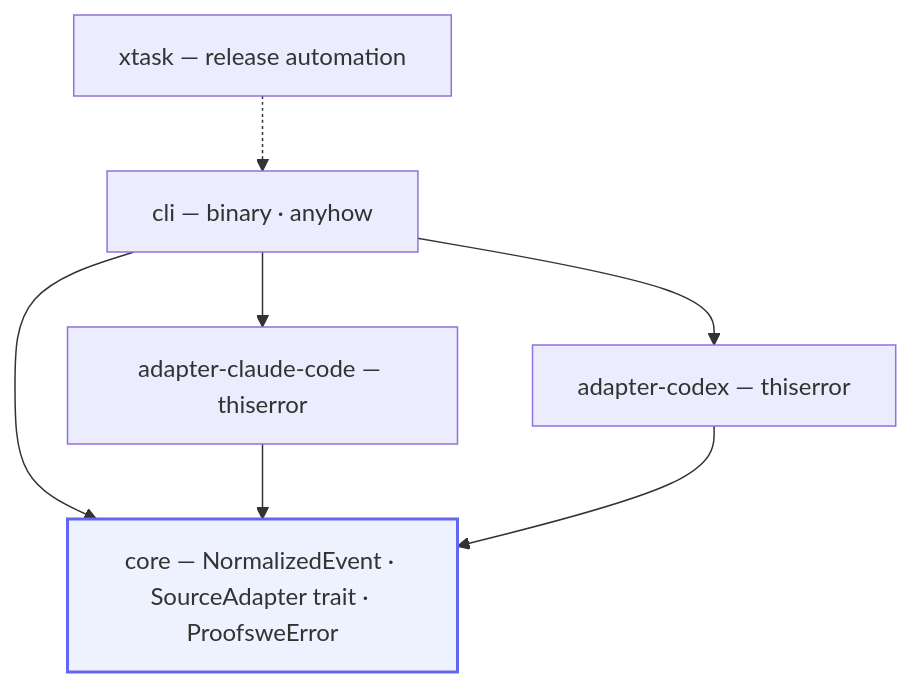
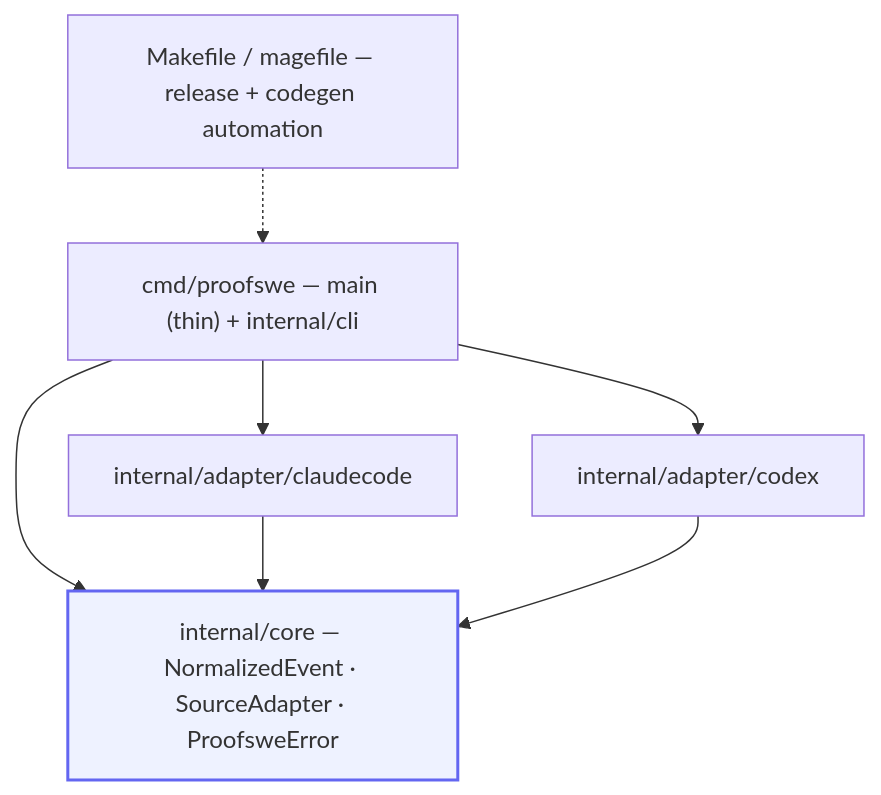
Before and after one commit to Atharva-Kanherkar/proofswe: the fourth of 5 diagrams in docs/CAPTURE.md, drawn with Mermaid. The commit also changed other lines of this file and 1 other file, not shown here.

````diff
--- a/docs/CAPTURE.md
+++ b/docs/CAPTURE.md
@@ -280,16 +329,16 @@
 ```mermaid
 flowchart TD
-    CLI["cli — binary · anyhow"]
-    CORE["core — NormalizedEvent · SourceAdapter trait · ProofsweError"]
-    ACC["adapter-claude-code — thiserror"]
-    ACX["adapter-codex — thiserror"]
-    XT["xtask — release automation"]
+    CLI["cmd/proofswe — main (thin) + internal/cli"]
+    CORE["internal/core — NormalizedEvent · SourceAdapter · ProofsweError"]
+    ACC["internal/adapter/claudecode"]
+    ACX["internal/adapter/codex"]
+    XT["Makefile / magefile — release + codegen automation"]
     CLI --> CORE
     CLI --> ACC
     CLI --> ACX
     ACC --> CORE
     ACX --> CORE
     XT -.-> CLI
     classDef waist fill:#eef2ff,stroke:#6366f1,stroke-width:2px;
     class CORE waist;
 ```
````
